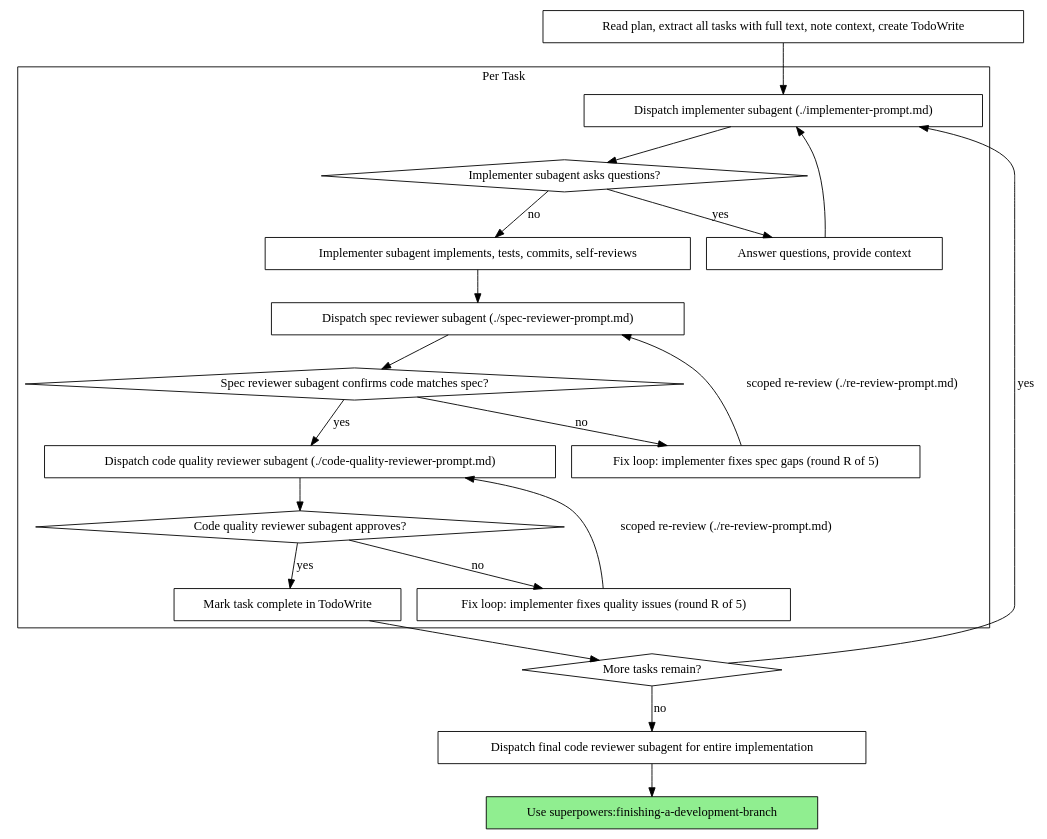
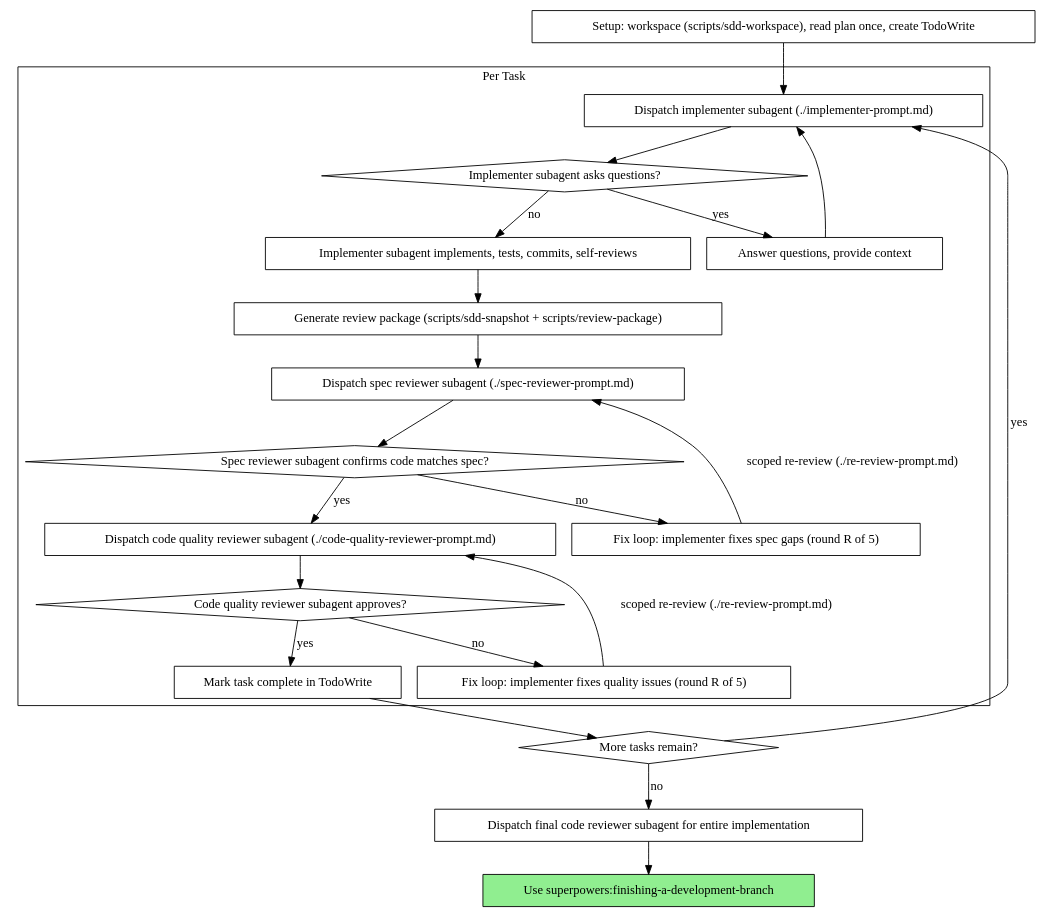
Before and after one commit to gorban-dev/gor-mobile: the second of 2 diagrams in templates/skills/subagent-driven-development/SKILL.md, drawn with Graphviz. The commit also changed other lines of this file and 23 other files, not shown here.

First line of the commit message:
feat(sdd): artifacts as files + plan lifecycle (migration, TTL sweep)

````diff
--- a/templates/skills/subagent-driven-development/SKILL.md
+++ b/templates/skills/subagent-driven-development/SKILL.md
@@ -42,44 +50,46 @@
 ```dot
 digraph process {
     rankdir=TB;
 
     subgraph cluster_per_task {
         label="Per Task";
         "Dispatch implementer subagent (./implementer-prompt.md)" [shape=box];
         "Implementer subagent asks questions?" [shape=diamond];
         "Answer questions, provide context" [shape=box];
         "Implementer subagent implements, tests, commits, self-reviews" [shape=box];
+        "Generate review package (scripts/sdd-snapshot + scripts/review-package)" [shape=box];
         "Dispatch spec reviewer subagent (./spec-reviewer-prompt.md)" [shape=box];
         "Spec reviewer subagent confirms code matches spec?" [shape=diamond];
         "Fix loop: implementer fixes spec gaps (round R of 5)" [shape=box];
         "Dispatch code quality reviewer subagent (./code-quality-reviewer-prompt.md)" [shape=box];
         "Code quality reviewer subagent approves?" [shape=diamond];
         "Fix loop: implementer fixes quality issues (round R of 5)" [shape=box];
         "Mark task complete in TodoWrite" [shape=box];
     }
 
-    "Read plan, extract all tasks with full text, note context, create TodoWrite" [shape=box];
+    "Setup: workspace (scripts/sdd-workspace), read plan once, create TodoWrite" [shape=box];
     "More tasks remain?" [shape=diamond];
     "Dispatch final code reviewer subagent for entire implementation" [shape=box];
     "Use superpowers:finishing-a-development-branch" [shape=box style=filled fillcolor=lightgreen];
 
-    "Read plan, extract all tasks with full text, note context, create TodoWrite" -> "Dispatch implementer subagent (./implementer-prompt.md)";
+    "Setup: workspace (scripts/sdd-workspace), read plan once, create TodoWrite" -> "Dispatch implementer subagent (./implementer-prompt.md)";
     "Dispatch implementer subagent (./implementer-prompt.md)" -> "Implementer subagent asks questions?";
     "Implementer subagent asks questions?" -> "Answer questions, provide context" [label="yes"];
     "Answer questions, provide context" -> "Dispatch implementer subagent (./implementer-prompt.md)";
     "Implementer subagent asks questions?" -> "Implementer subagent implements, tests, commits, self-reviews" [label="no"];
-    "Implementer subagent implements, tests, commits, self-reviews" -> "Dispatch spec reviewer subagent (./spec-reviewer-prompt.md)";
+    "Implementer subagent implements, tests, commits, self-reviews" -> "Generate review package (scripts/sdd-snapshot + scripts/review-package)";
+    "Generate review package (scripts/sdd-snapshot + scripts/review-package)" -> "Dispatch spec reviewer subagent (./spec-reviewer-prompt.md)";
     "Dispatch spec reviewer subagent (./spec-reviewer-prompt.md)" -> "Spec reviewer subagent confirms code matches spec?";
     "Spec reviewer subagent confirms code matches spec?" -> "Fix loop: implementer fixes spec gaps (round R of 5)" [label="no"];
     "Fix loop: implementer fixes spec gaps (round R of 5)" -> "Dispatch spec reviewer subagent (./spec-reviewer-prompt.md)" [label="scoped re-review (./re-review-prompt.md)"];
     "Spec reviewer subagent confirms code matches spec?" -> "Dispatch code quality reviewer subagent (./code-quality-reviewer-prompt.md)" [label="yes"];
     "Dispatch code quality reviewer subagent (./code-quality-reviewer-prompt.md)" -> "Code quality reviewer subagent approves?";
     "Code quality reviewer subagent approves?" -> "Fix loop: implementer fixes quality issues (round R of 5)" [label="no"];
     "Fix loop: implementer fixes quality issues (round R of 5)" -> "Dispatch code quality reviewer subagent (./code-quality-reviewer-prompt.md)" [label="scoped re-review (./re-review-prompt.md)"];
     "Code quality reviewer subagent approves?" -> "Mark task complete in TodoWrite" [label="yes"];
     "Mark task complete in TodoWrite" -> "More tasks remain?";
     "More tasks remain?" -> "Dispatch implementer subagent (./implementer-prompt.md)" [label="yes"];
     "More tasks remain?" -> "Dispatch final code reviewer subagent for entire implementation" [label="no"];
     "Dispatch final code reviewer subagent for entire implementation" -> "Use superpowers:finishing-a-development-branch";
 }
 ```
````
